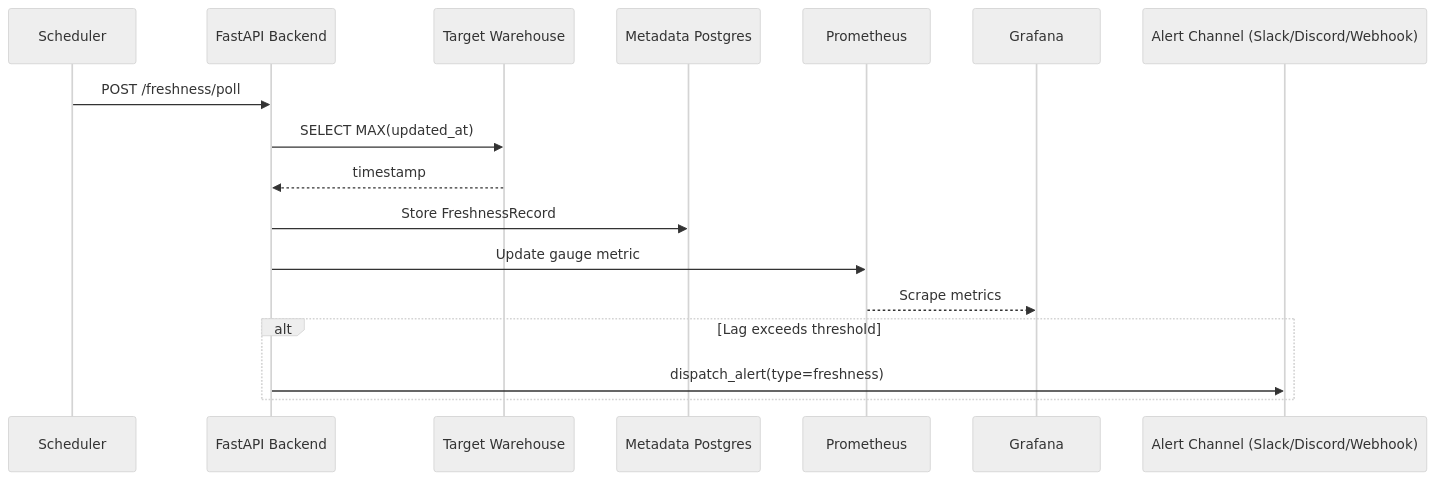
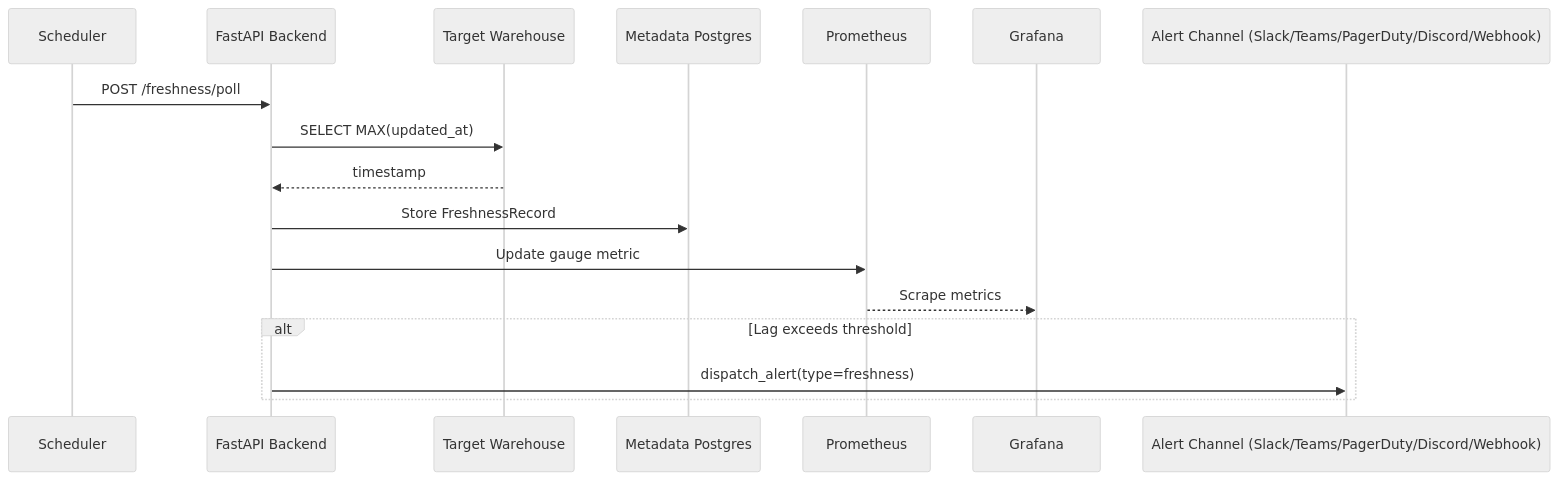
Before and after one commit to willowvibe/ObservaKit: the second of 3 diagrams in docs/architecture.md, drawn with Mermaid (neutral theme). The commit also changed other lines of this file and 20 other files, not shown here.

````diff
--- a/docs/architecture.md
+++ b/docs/architecture.md
@@ -96,20 +98,20 @@
 ```mermaid
 sequenceDiagram
     participant Scheduler
     participant Backend as FastAPI Backend
     participant Warehouse as Target Warehouse
     participant MetaDB as Metadata Postgres
     participant Prom as Prometheus
     participant Grafana
-    participant Alerts as Alert Channel (Slack/Discord/Webhook)
+    participant Alerts as Alert Channel (Slack/Teams/PagerDuty/Discord/Webhook)
 
     Scheduler->>Backend: POST /freshness/poll
     Backend->>Warehouse: SELECT MAX(updated_at)
     Warehouse-->>Backend: timestamp
     Backend->>MetaDB: Store FreshnessRecord
     Backend->>Prom: Update gauge metric
     Prom-->>Grafana: Scrape metrics
     alt Lag exceeds threshold
         Backend->>Alerts: dispatch_alert(type=freshness)
     end
 ```
````
